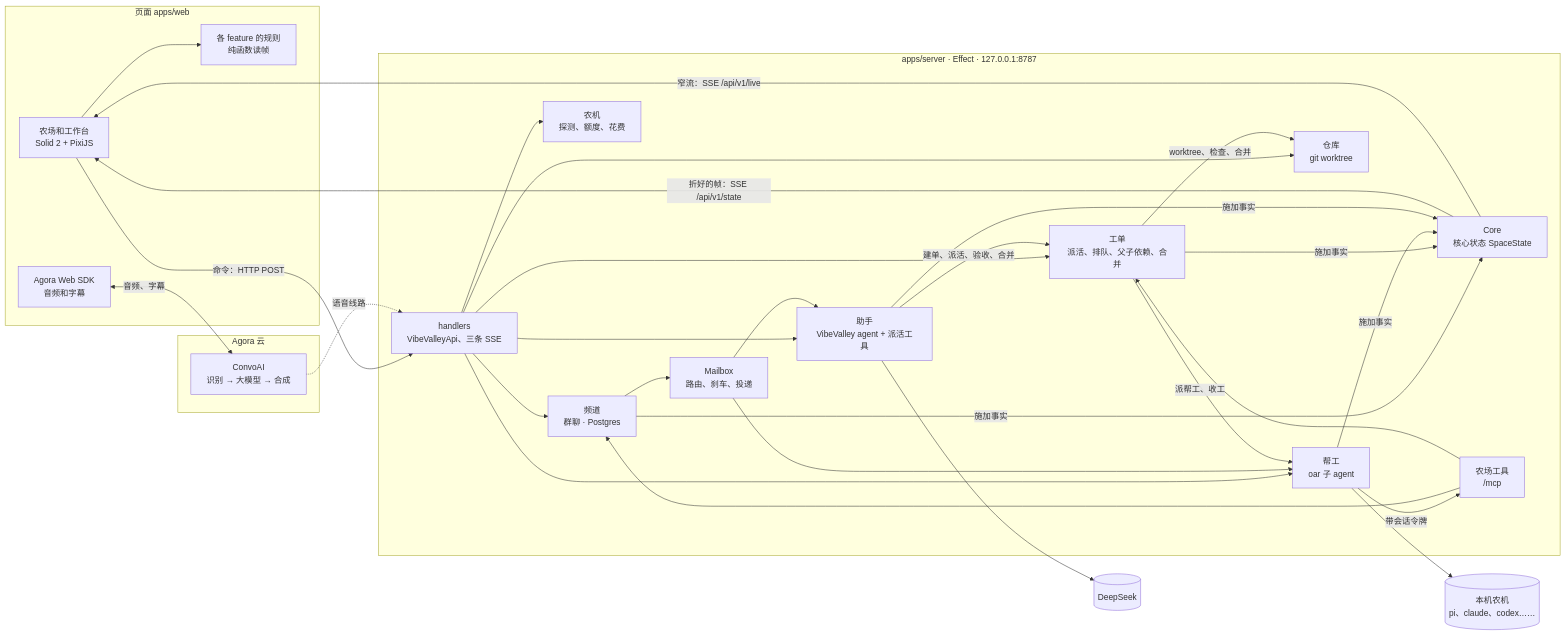
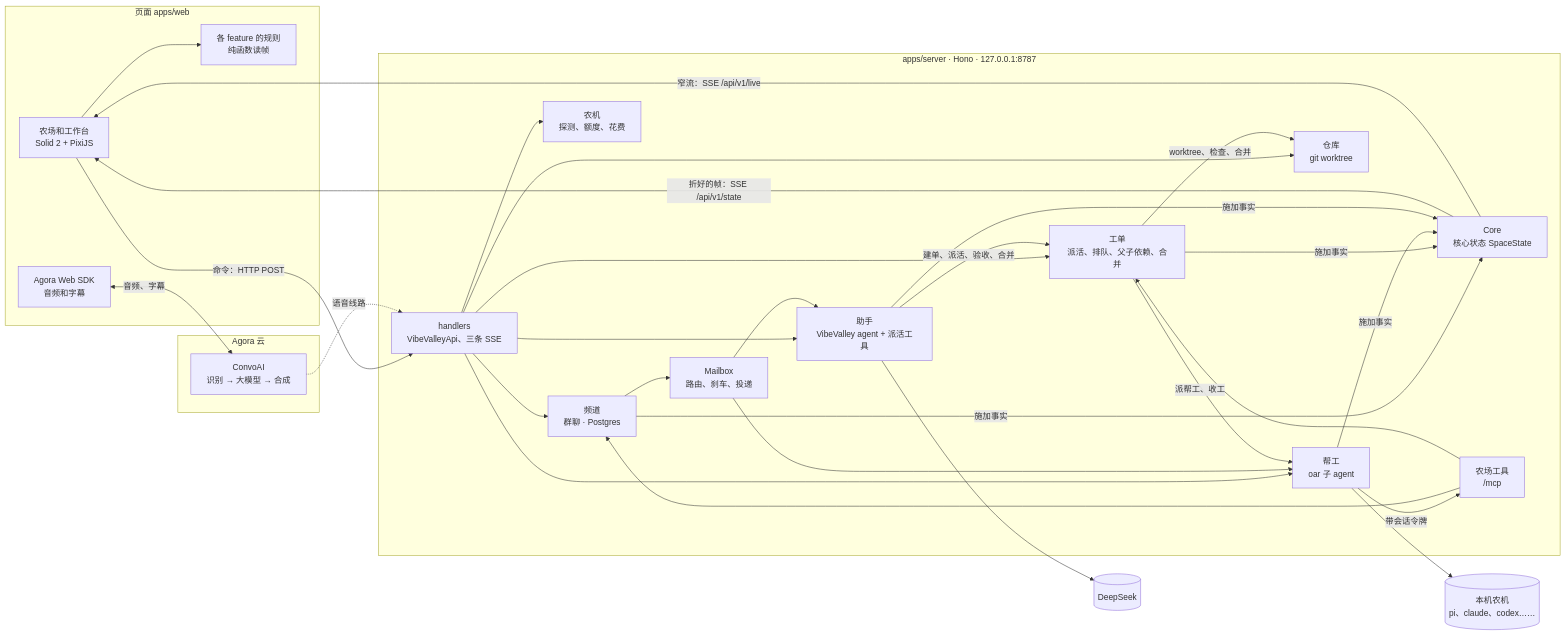
The diagram in docs/architecture.md (vibevalleyhq/vibevalley), drawn with Mermaid before and after one commit. The commit also changed 1007 other files, not shown here.

````diff
--- a/docs/architecture.md
+++ b/docs/architecture.md
@@ -5,46 +5,46 @@
 ```mermaid
 flowchart LR
   subgraph Page[页面 apps/web]
     UI[农场和工作台<br/>Solid 2 + PixiJS]
     RULES[各 feature 的规则<br/>纯函数读帧]
     RTC[Agora Web SDK<br/>音频和字幕]
   end
 
-  subgraph Server[apps/server · Effect · 127.0.0.1:8787]
+  subgraph Server[apps/server · Hono · 127.0.0.1:8787]
     API[handlers<br/>VibeValleyApi、三条 SSE]
     SITE[Core<br/>核心状态 SpaceState]
     FM[助手<br/>VibeValley agent + 派活工具]
     CHAT[频道<br/>群聊 · Postgres]
     MB[Mailbox<br/>路由、刹车、投递]
     TK[工单<br/>派活、排队、父子依赖、合并]
     CREW[帮工<br/>oar 子 agent]
     PRJ[仓库<br/>git worktree]
     RT[农机<br/>探测、额度、花费]
     MCP[农场工具<br/>/mcp]
   end
 
   subgraph Agora[Agora 云]
     CAI[ConvoAI<br/>识别 → 大模型 → 合成]
   end
 
   AGENTS[(本机农机<br/>pi、claude、codex……)]
   DS[(DeepSeek)]
 
   UI --> RULES
   UI -->|命令：HTTP POST| API
   SITE -->|折好的帧：SSE /api/v1/state| UI
   SITE -->|窄流：SSE /api/v1/live| UI
   API --> CHAT & FM & TK & CREW & PRJ & RT
   CHAT --> MB
   MB --> FM & CREW
   CREW -->|带会话令牌| MCP
   MCP --> CHAT & TK
   FM -->|建单、派活、验收、合并| TK
   TK -->|派帮工、收工| CREW
   TK -->|worktree、检查、合并| PRJ
   CREW --> AGENTS
   FM --> DS
   CHAT & TK & CREW & FM -->|施加事实| SITE
   RTC <-->|音频、字幕| CAI
   CAI -.->|语音线路| API
 ```
````
